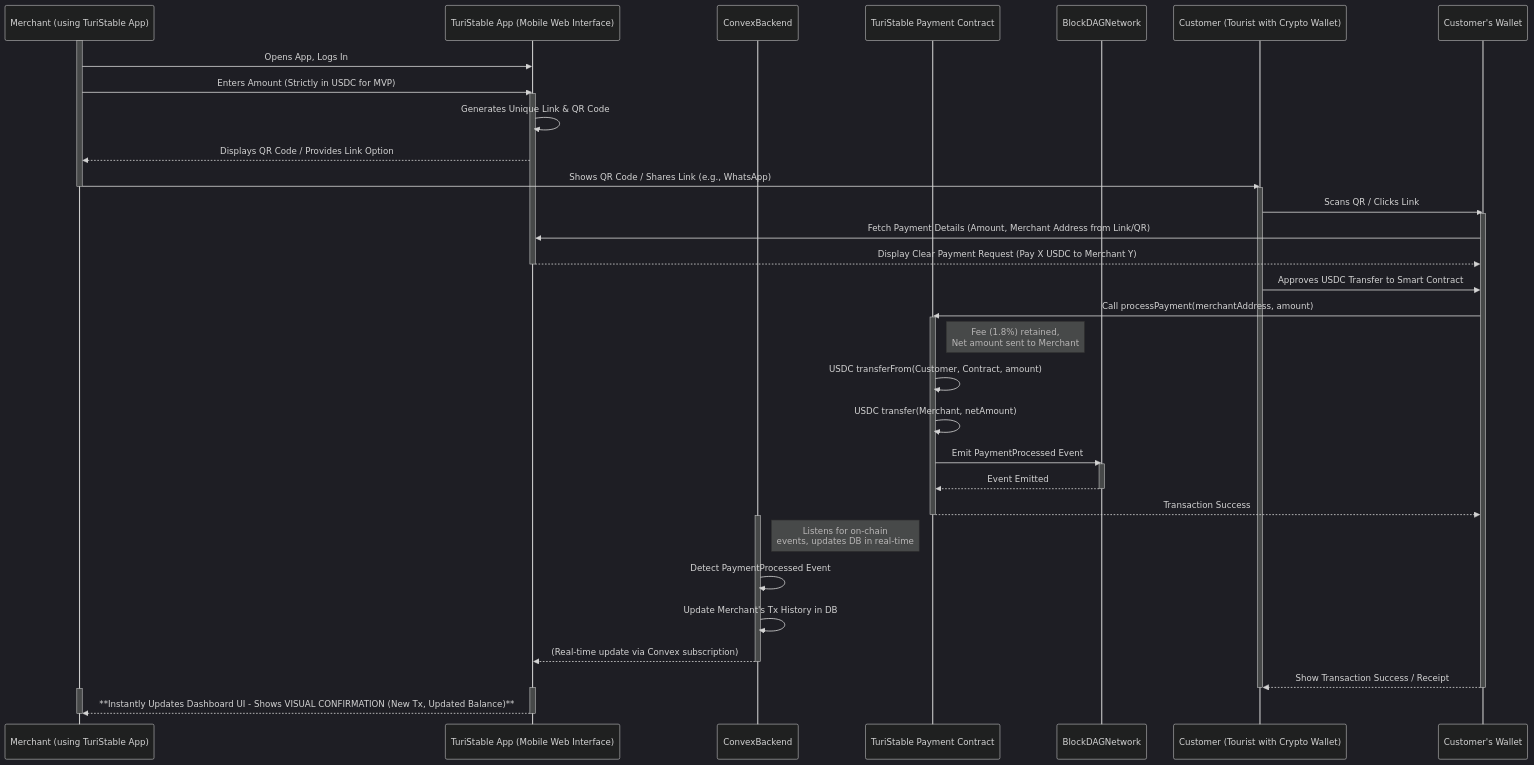
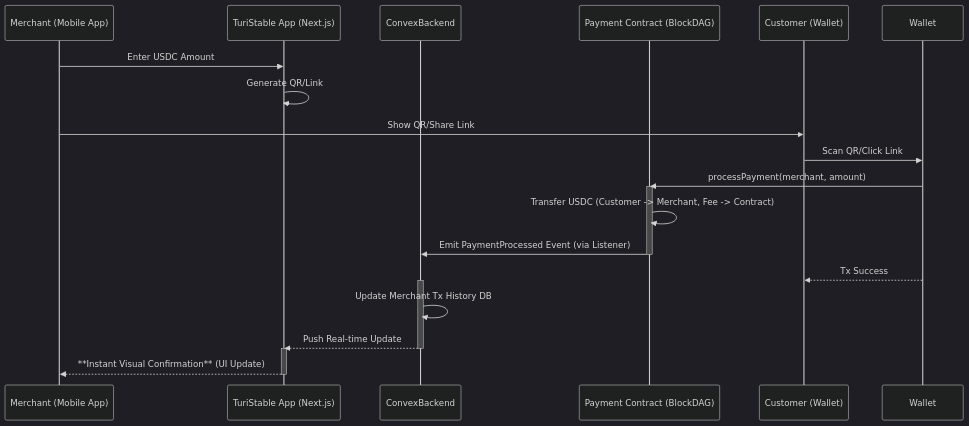
Before and after one commit to tapilew/equilibrio-alpha: the diagram in README.md, drawn with Mermaid (dark theme). The commit also changed other lines of this file, not shown here.

````diff
--- a/README.md
+++ b/README.md
@@ -242,55 +203,29 @@
 ```mermaid
 sequenceDiagram
-    participant SME as Merchant (using TuriStable App)
-    participant TSApp as TuriStable App (Mobile Web Interface)
+    participant SME as Merchant (Mobile App)
+    participant TSApp as TuriStable App (Next.js)
     participant ConvexBackend
-    participant TStableContract as TuriStable Payment Contract
-    participant BlockDAGNetwork
-    participant Tourist as Customer (Tourist with Crypto Wallet)
-    participant Wallet as Customer's Wallet
+    participant TStableContract as Payment Contract (BlockDAG)
+    participant Tourist as Customer (Wallet)
 
-    activate SME
-    SME->>TSApp: Opens App, Logs In
-    SME->>TSApp: Enters Amount (Strictly in USDC for MVP)
-    activate TSApp
-    TSApp->>TSApp: Generates Unique Link & QR Code
-    TSApp-->>SME: Displays QR Code / Provides Link Option
-    SME->>Tourist: Shows QR Code / Shares Link (e.g., WhatsApp)
-    deactivate SME
+    SME->>TSApp: Enter USDC Amount
+    TSApp->>TSApp: Generate QR/Link
+    SME->>Tourist: Show QR/Share Link
 
-    activate Tourist
-    Tourist->>Wallet: Scans QR / Clicks Link
-    activate Wallet
-    Wallet->>TSApp: Fetch Payment Details (Amount, Merchant Address from Link/QR)
-    TSApp-->>Wallet: Display Clear Payment Request (Pay X USDC to Merchant Y)
-    deactivate TSApp
-    Tourist->>Wallet: Approves USDC Transfer to Smart Contract
-    Wallet->>TStableContract: Call processPayment(merchantAddress, amount)
+    Tourist->>Wallet: Scan QR/Click Link
+    Wallet->>TStableContract: processPayment(merchant, amount)
     activate TStableContract
-    Note right of TStableContract: Fee (1.8%) retained, <br/>Net amount sent to Merchant
-    TStableContract->>TStableContract: USDC transferFrom(Customer, Contract, amount)
-    TStableContract->>TStableContract: USDC transfer(Merchant, netAmount)
-    TStableContract->>BlockDAGNetwork: Emit PaymentProcessed Event
-    activate BlockDAGNetwork
-    BlockDAGNetwork-->>TStableContract: Event Emitted
-    deactivate BlockDAGNetwork
-    TStableContract-->>Wallet: Transaction Success
+    TStableContract->>TStableContract: Transfer USDC (Customer -> Merchant, Fee -> Contract)
+    TStableContract->>ConvexBackend: Emit PaymentProcessed Event (via Listener)
     deactivate TStableContract
+    Wallet-->>Tourist: Tx Success
 
     activate ConvexBackend
-    Note right of ConvexBackend: Listens for on-chain <br/> events, updates DB in real-time
-    ConvexBackend->>ConvexBackend: Detect PaymentProcessed Event
-    ConvexBackend->>ConvexBackend: Update Merchant's Tx History in DB
-    ConvexBackend-->>TSApp: (Real-time update via Convex subscription)
+    ConvexBackend->>ConvexBackend: Update Merchant Tx History DB
+    ConvexBackend-->>TSApp: Push Real-time Update
     deactivate ConvexBackend
 
-    Wallet-->>Tourist: Show Transaction Success / Receipt
-    deactivate Wallet
-    deactivate Tourist
-
     activate TSApp
-    activate SME
-    TSApp-->>SME: **Instantly Updates Dashboard UI - Shows VISUAL CONFIRMATION (New Tx, Updated Balance)**
+    TSApp-->>SME: **Instant Visual Confirmation** (UI Update)
     deactivate TSApp
-    deactivate SME
 ```
````
